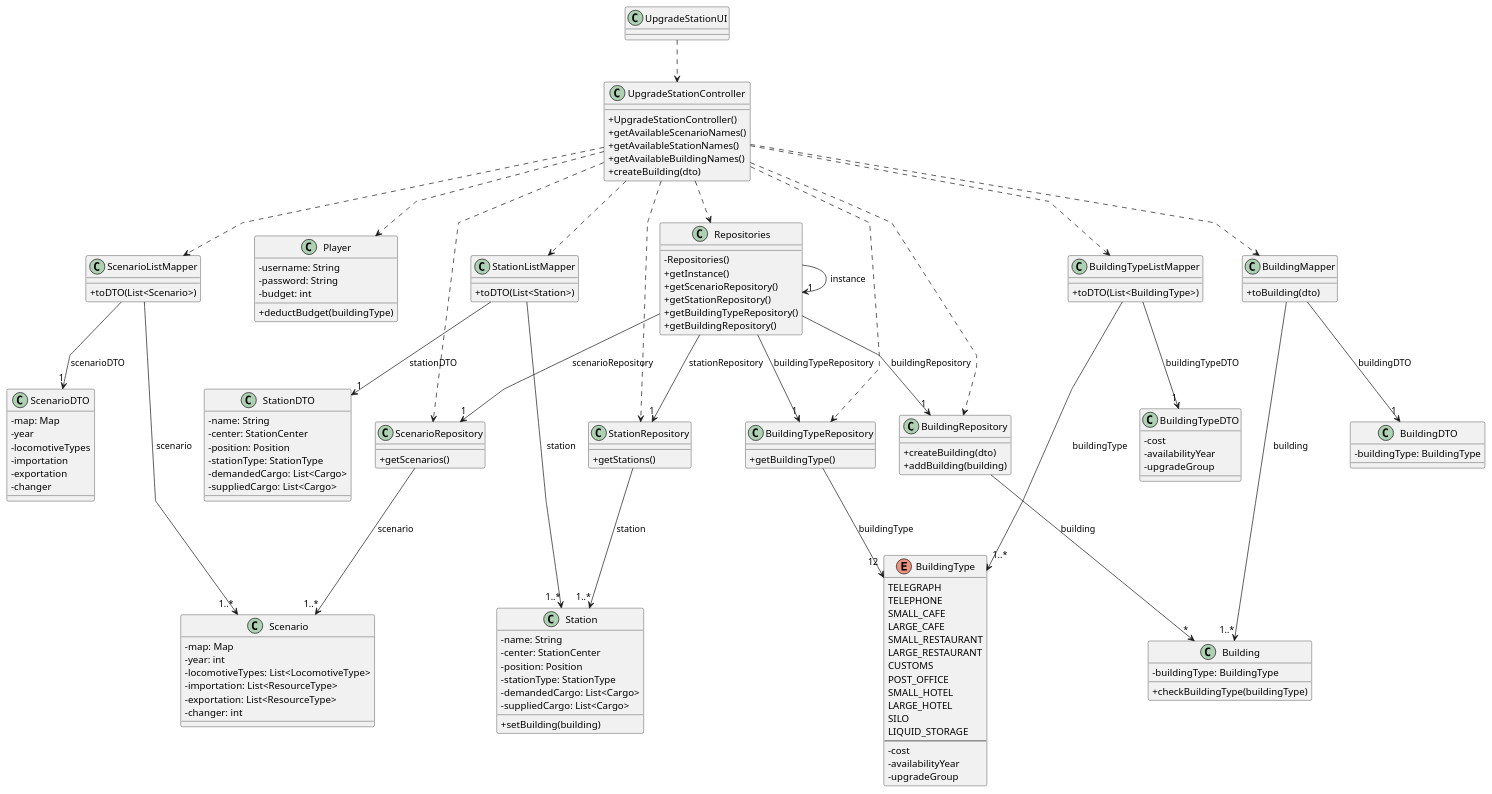
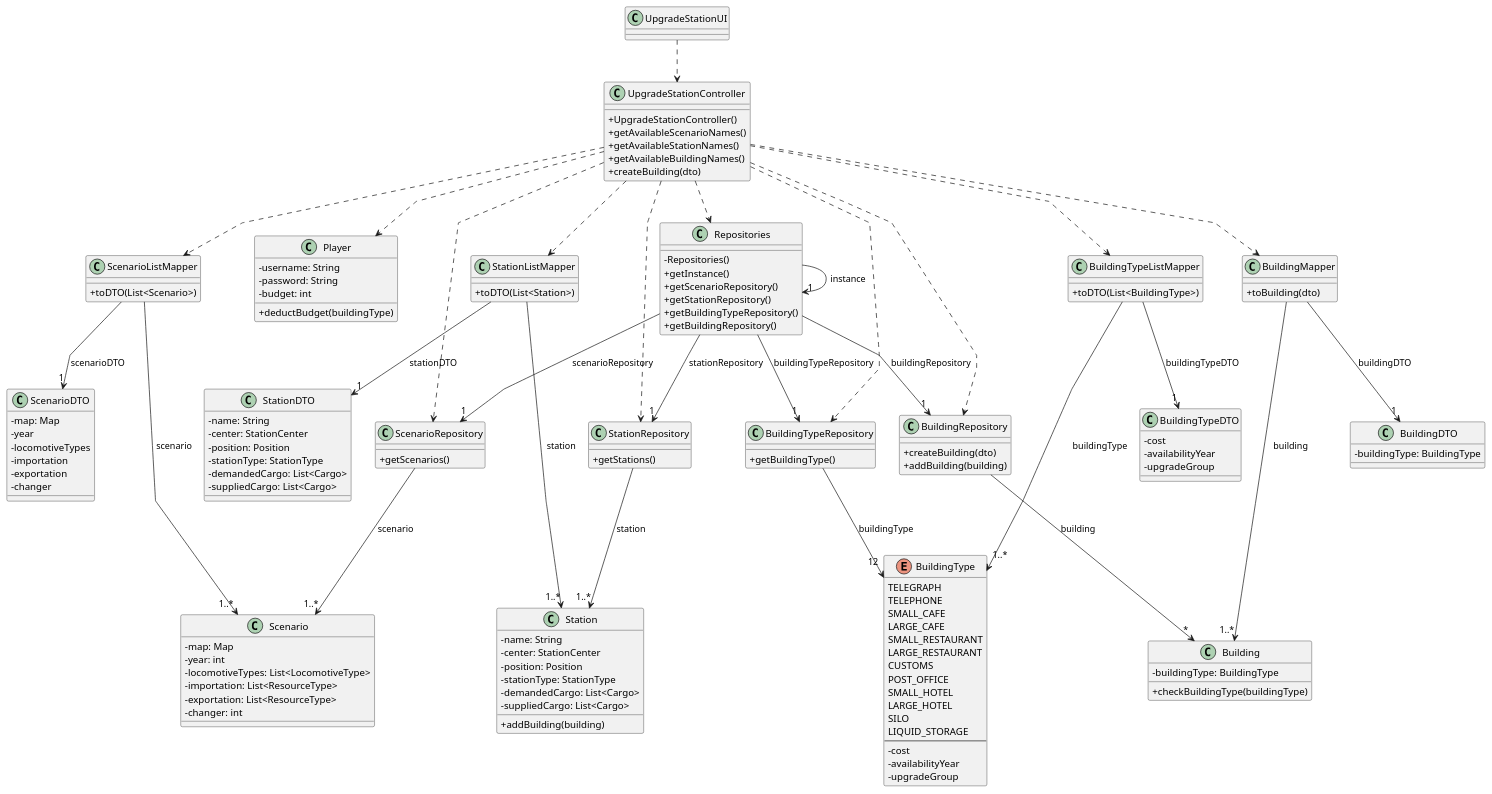
The diagram in Sprint3/US006/03.design/puml/US006-CD.puml (1240935/pi2-railway-simulator), drawn with PlantUML before and after one commit. The commit also changed 6 other files, not shown here.

Commit message:
US007 graphical interface fixed

```diff
--- a/Sprint3/US006/03.design/puml/US006-CD.puml
+++ b/Sprint3/US006/03.design/puml/US006-CD.puml
@@ -1,176 +1,176 @@
 @startuml
 'skinparam monochrome true
 skinparam packageStyle rectangle
 skinparam shadowing false
 skinparam linetype polyline
 'skinparam linetype orto
 
 skinparam classAttributeIconSize 0
 
 'left to right direction
 
 class UpgradeStationUI
 
 class UpgradeStationController {
   + UpgradeStationController()
   + getAvailableScenarioNames()
   + getAvailableStationNames()
   + getAvailableBuildingNames()
   + createBuilding(dto)
 }
 
 class Player {
     - username: String
     - password: String
     - budget: int
   + deductBudget(buildingType)
 }
 
 class Scenario{
     - map: Map
     - year: int
     - locomotiveTypes: List<LocomotiveType>
     - importation: List<ResourceType>
     - exportation: List<ResourceType>
     - changer: int
 }
 
 class Station {
     -name: String
     -center: StationCenter
     -position: Position
     -stationType: StationType
     -demandedCargo: List<Cargo>
     -suppliedCargo: List<Cargo>
-  + setBuilding(building)
+    +addBuilding(building)
 }
 
 class Building {
   - buildingType: BuildingType
   + checkBuildingType(buildingType)
 }
 
 enum BuildingType {
   TELEGRAPH
   TELEPHONE
   SMALL_CAFE
   LARGE_CAFE
   SMALL_RESTAURANT
   LARGE_RESTAURANT
   CUSTOMS
   POST_OFFICE
   SMALL_HOTEL
   LARGE_HOTEL
   SILO
   LIQUID_STORAGE
   --
   -cost
   -availabilityYear
   -upgradeGroup
 }
 
 class ScenarioDTO {
   - map: Map
   - year
   - locomotiveTypes
   - importation
   - exportation
   - changer
 }
 
 class StationDTO {
-  -name: String
+      -name: String
       -center: StationCenter
       -position: Position
       -stationType: StationType
       -demandedCargo: List<Cargo>
       -suppliedCargo: List<Cargo>
 }
 
 class BuildingTypeDTO {
   - cost
   - availabilityYear
   - upgradeGroup
 }
 
 class BuildingDTO {
     -buildingType: BuildingType
 }
 
 class Repositories {
   - Repositories()
   + getInstance()
   + getScenarioRepository()
   + getStationRepository()
   + getBuildingTypeRepository()
   + getBuildingRepository()
 }
 
 class ScenarioRepository {
   + getScenarios()
 }
 
 class StationRepository {
   + getStations()
  }
 
 class BuildingTypeRepository {
   + getBuildingType()
 }
 
 class BuildingRepository {
   + createBuilding(dto)
   + addBuilding(building)
 }
 
 class ScenarioListMapper {
   + toDTO(List<Scenario>)
 }
 
 class StationListMapper {
   + toDTO(List<Station>)
 }
 
 class BuildingTypeListMapper {
   + toDTO(List<BuildingType>)
 }
 
 class BuildingMapper {
   + toBuilding(dto)
 }
 
 UpgradeStationUI ..> UpgradeStationController
 
 UpgradeStationController ..> Repositories
 UpgradeStationController ..> ScenarioListMapper
 UpgradeStationController ..> StationListMapper
 UpgradeStationController ..> BuildingTypeListMapper
 UpgradeStationController ..> BuildingMapper
 UpgradeStationController ..> Player
 UpgradeStationController ..> StationRepository
 UpgradeStationController ..> ScenarioRepository
 UpgradeStationController ..> BuildingTypeRepository
 UpgradeStationController ..> BuildingRepository
 
 Repositories -> "1" Repositories : instance
 Repositories --> "1" ScenarioRepository: scenarioRepository
 Repositories --> "1" StationRepository: stationRepository
 Repositories --> "1" BuildingTypeRepository: buildingTypeRepository
 Repositories --> "1" BuildingRepository: buildingRepository
 
 StationRepository --> "1..*" Station: station
 ScenarioRepository --> "1..*" Scenario: scenario
 BuildingTypeRepository --> "12" BuildingType: buildingType
 BuildingRepository --> "*" Building: building
 
 
 ScenarioListMapper --> "1" ScenarioDTO: scenarioDTO
 ScenarioListMapper --> "1..*" Scenario: scenario
 StationListMapper --> "1" StationDTO: stationDTO
 StationListMapper --> "1..*" Station: station
 BuildingTypeListMapper --> "1" BuildingTypeDTO: buildingTypeDTO
 BuildingTypeListMapper --> "1..*" BuildingType: buildingType
 BuildingMapper --> "1..*" Building: building
 BuildingMapper --> "1" BuildingDTO: buildingDTO
 
 @enduml
```
